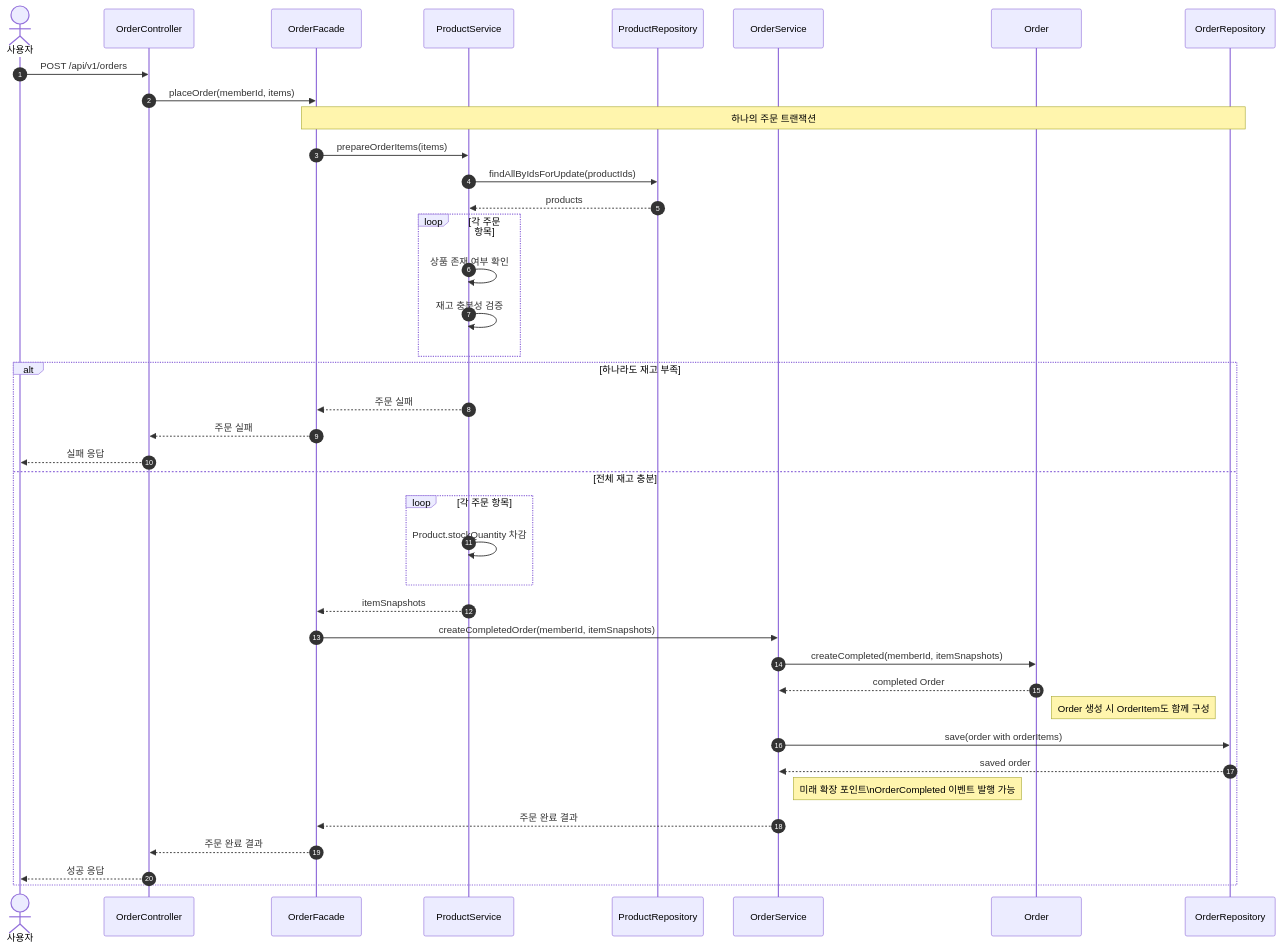
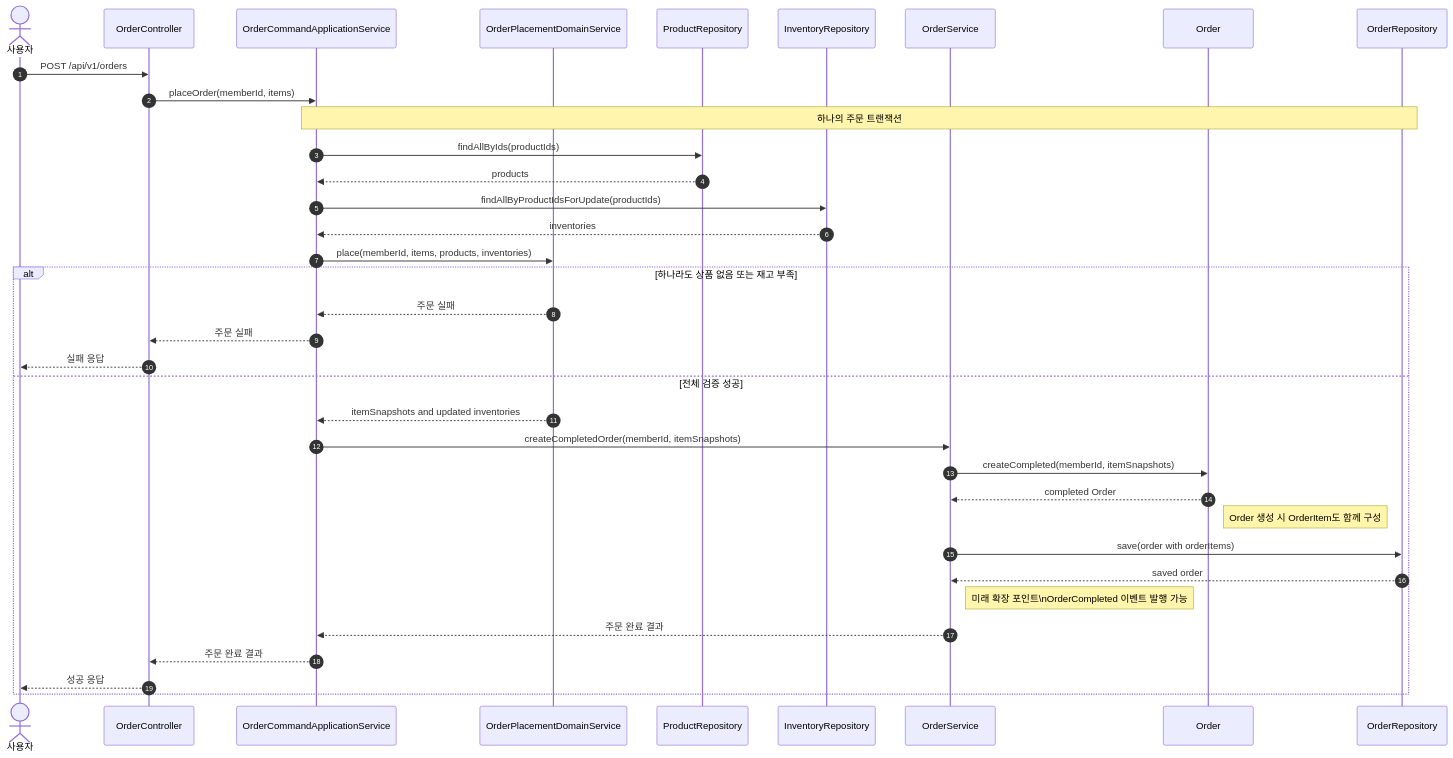
The diagram in docs/week2/02-sequence-order-create.md (loopers-labs/loop-pack-be-l2-vol4-kotlin), drawn with Mermaid before and after one commit. The commit also changed other lines of this file and 9 other files, not shown here.

Commit message:
docs: application service 와 domain service 분리에 따른 문서 수정

````diff
--- a/docs/week2/02-sequence-order-create.md
+++ b/docs/week2/02-sequence-order-create.md
@@ -10,45 +10,40 @@
 ```mermaid
 sequenceDiagram
     autonumber
     actor User as 사용자
     participant OrderController as OrderController
-    participant OrderFacade as OrderFacade
-    participant ProductService as ProductService
+    participant OrderAppService as OrderCommandApplicationService
+    participant OrderDomainService as OrderPlacementDomainService
     participant ProductRepo as ProductRepository
+    participant InventoryRepo as InventoryRepository
     participant OrderService as OrderService
     participant Order as Order
     participant OrderRepo as OrderRepository
 
     User->>OrderController: POST /api/v1/orders
-    OrderController->>OrderFacade: placeOrder(memberId, items)
-    Note over OrderFacade,OrderRepo: 하나의 주문 트랜잭션
-    OrderFacade->>ProductService: prepareOrderItems(items)
-    ProductService->>ProductRepo: findAllByIdsForUpdate(productIds)
-    ProductRepo-->>ProductService: products
+    OrderController->>OrderAppService: placeOrder(memberId, items)
+    Note over OrderAppService,OrderRepo: 하나의 주문 트랜잭션
+    OrderAppService->>ProductRepo: findAllByIds(productIds)
+    ProductRepo-->>OrderAppService: products
+    OrderAppService->>InventoryRepo: findAllByProductIdsForUpdate(productIds)
+    InventoryRepo-->>OrderAppService: inventories
+    OrderAppService->>OrderDomainService: place(memberId, items, products, inventories)
 
-    loop 각 주문 항목
-        ProductService->>ProductService: 상품 존재 여부 확인
-        ProductService->>ProductService: 재고 충분성 검증
-    end
-
-    alt 하나라도 재고 부족
-        ProductService-->>OrderFacade: 주문 실패
-        OrderFacade-->>OrderController: 주문 실패
+    alt 하나라도 상품 없음 또는 재고 부족
+        OrderDomainService-->>OrderAppService: 주문 실패
+        OrderAppService-->>OrderController: 주문 실패
         OrderController-->>User: 실패 응답
-    else 전체 재고 충분
-        loop 각 주문 항목
-            ProductService->>ProductService: Product.stockQuantity 차감
-        end
-        ProductService-->>OrderFacade: itemSnapshots
-        OrderFacade->>OrderService: createCompletedOrder(memberId, itemSnapshots)
+    else 전체 검증 성공
+        OrderDomainService-->>OrderAppService: itemSnapshots and updated inventories
+        OrderAppService->>OrderService: createCompletedOrder(memberId, itemSnapshots)
         OrderService->>Order: createCompleted(memberId, itemSnapshots)
         Order-->>OrderService: completed Order
         Note right of Order: Order 생성 시 OrderItem도 함께 구성
         OrderService->>OrderRepo: save(order with orderItems)
         OrderRepo-->>OrderService: saved order
         Note right of OrderService: 미래 확장 포인트\nOrderCompleted 이벤트 발행 가능
-        OrderService-->>OrderFacade: 주문 완료 결과
-        OrderFacade-->>OrderController: 주문 완료 결과
+        OrderService-->>OrderAppService: 주문 완료 결과
+        OrderAppService-->>OrderController: 주문 완료 결과
         OrderController-->>User: 성공 응답
     end
 ```
````
